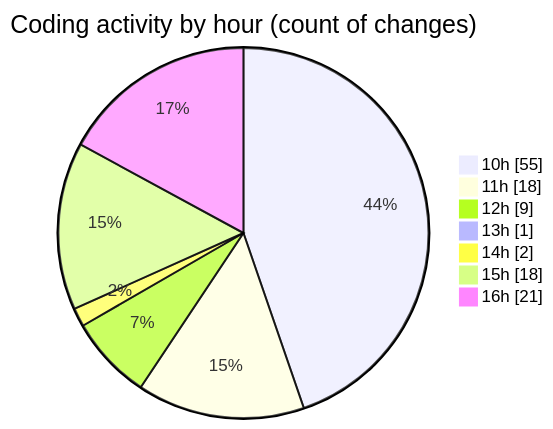
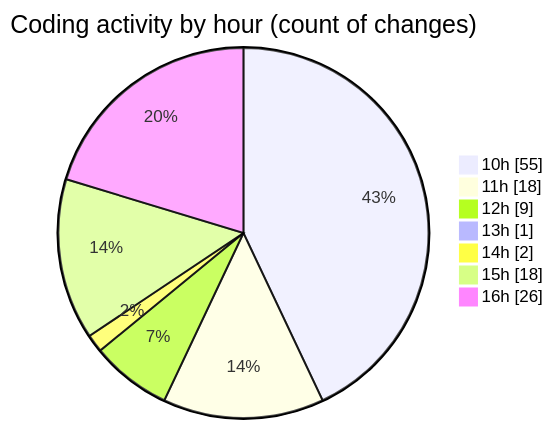
One commit to nxtqubesakshisongat/code-tracking changed the second of 2 diagrams in 2026-03-06/nxtqube_webapp/README.md. Above: the diagram before and after it, drawn with Mermaid. The commit also changed other lines of this file and 1 other file, not shown here.

````diff
--- a/2026-03-06/nxtqube_webapp/README.md
+++ b/2026-03-06/nxtqube_webapp/README.md
@@ -39,11 +39,11 @@
 ```mermaid
 pie showData
 title Coding activity by hour (count of changes)
 "10h" : 55
 "11h" : 18
 "12h" : 9
 "13h" : 1
 "14h" : 2
 "15h" : 18
-"16h" : 21
+"16h" : 26
 ```
````
